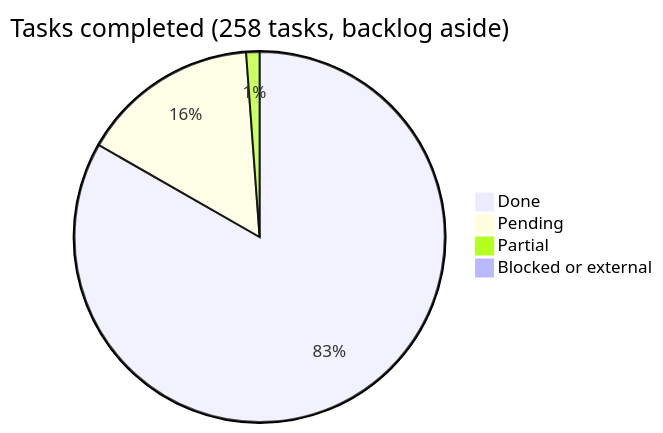
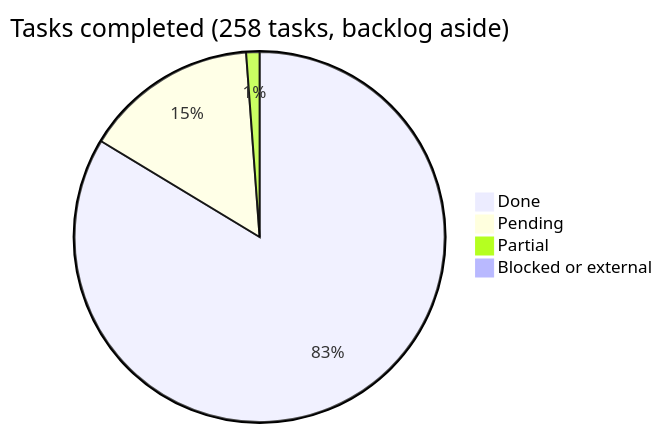
One commit to araguaney-org/araguaney-app changed the diagram in docs/roadmap/README.md. Above: the diagram before and after it, drawn with Mermaid. The commit also changed other lines of this file and 4 other files, not shown here.

````diff
--- a/docs/roadmap/README.md
+++ b/docs/roadmap/README.md
@@ -43,7 +43,7 @@
 ```mermaid
 pie title Tasks completed (258 tasks, backlog aside)
-    "Done" : 214
-    "Pending" : 40
+    "Done" : 215
+    "Pending" : 39
     "Partial" : 3
     "Blocked or external" : 1
 ```
````
